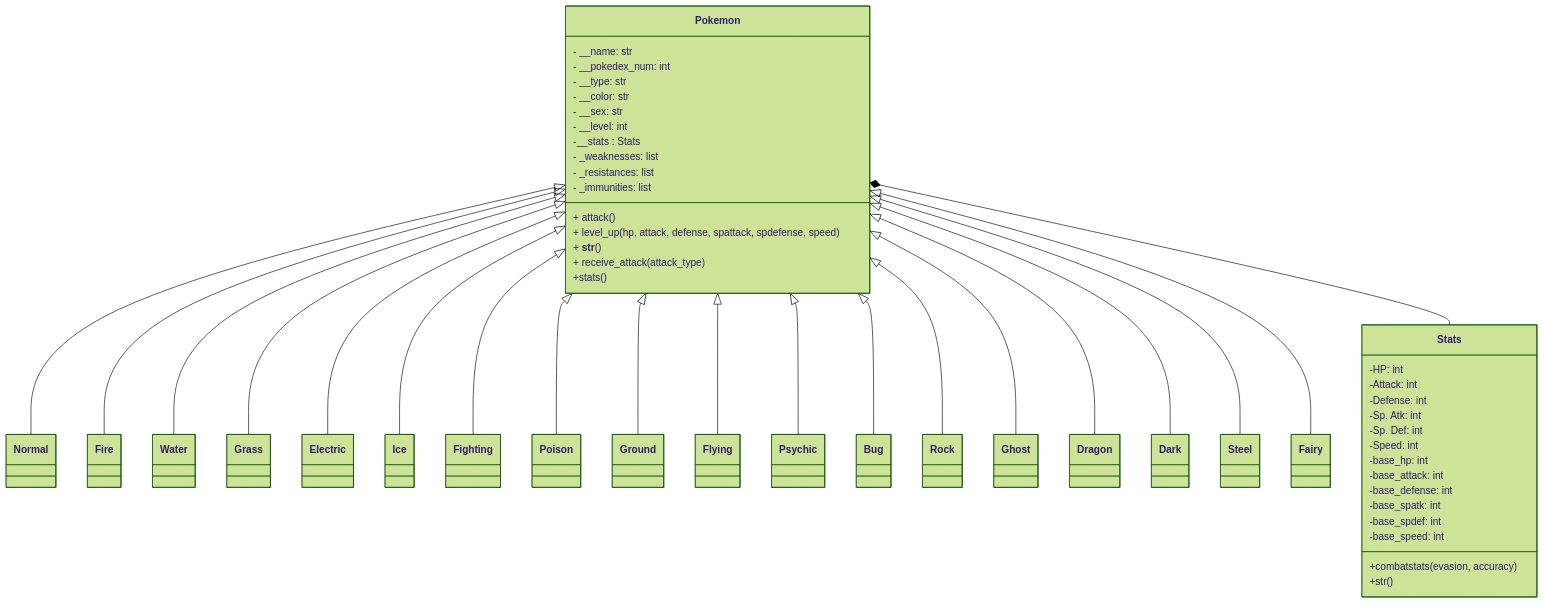
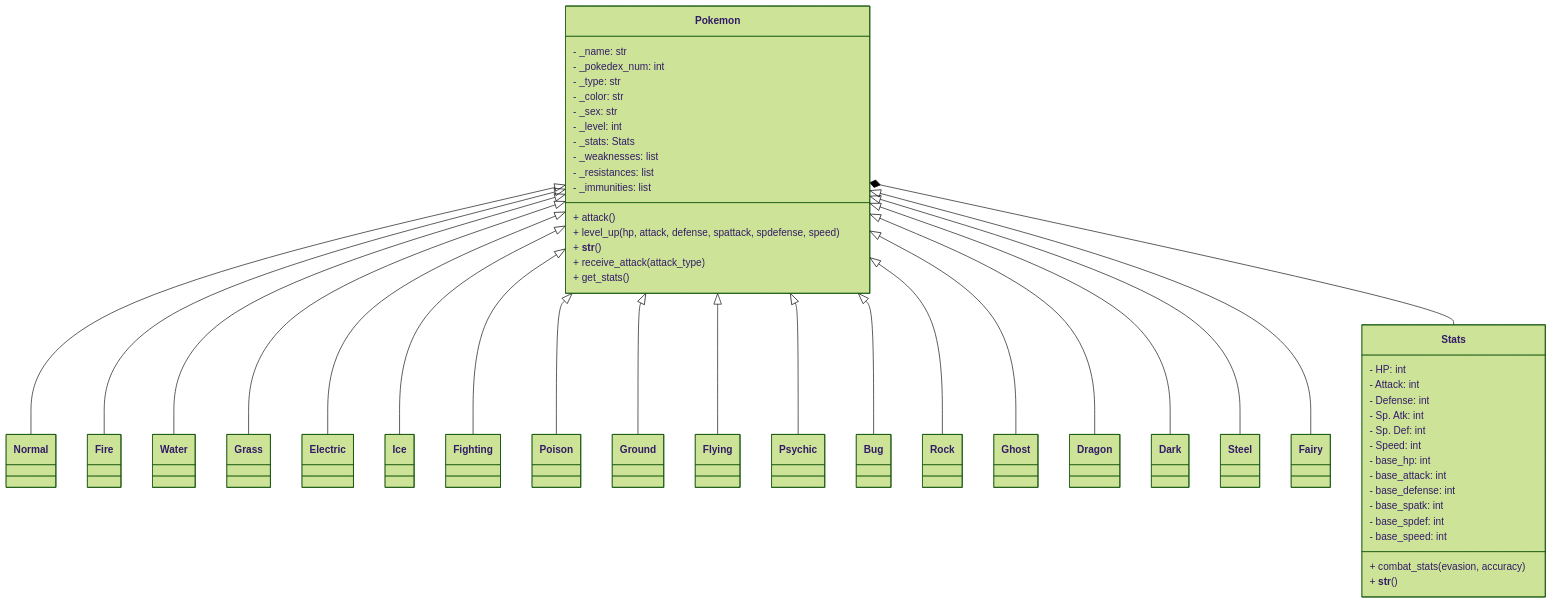
Before and after one commit to felipeg17/poke-repo: the diagram in README.md, drawn with Mermaid (forest theme). The commit also changed other lines of this file and 2 other files, not shown here.

Commit message:
Cambio en el encampsulamiento de los atributos

```diff
--- a/README.md
+++ b/README.md
@@ -67,13 +67,13 @@
     class Fairy {
     }
     class Pokemon {
-	    - __name: str
-	    - __pokedex_num: int
-	    - __type: str
-	    - __color: str
-	    - __sex: str
-	    - __level: int
-	    -__stats : Stats
+	    - _name: str
+	    - _pokedex_num: int
+	    - _type: str
+	    - _color: str
+	    - _sex: str
+	    - _level: int
+	    - _stats: Stats
 	    - _weaknesses: list
 	    - _resistances: list
 	    - _immunities: list
@@ -81,23 +81,23 @@
 	    + level_up(hp, attack, defense, spattack, spdefense, speed)
 	    + __str__()
 	    + receive_attack(attack_type)
-	    +stats()
+	    + get_stats()
     }
     class Stats {
-	    -HP: int
-	    -Attack: int
-	    -Defense: int
-	    -Sp. Atk: int
-	    -Sp. Def: int
-	    -Speed: int
-	    -base_hp: int
-	    -base_attack: int
-	    -base_defense: int
-	    -base_spatk: int
-	    -base_spdef: int
-	    -base_speed: int
-	    +combatstats(evasion, accuracy)
-	    +str()
+	    - HP: int
+	    - Attack: int
+	    - Defense: int
+	    - Sp. Atk: int
+	    - Sp. Def: int
+	    - Speed: int
+	    - base_hp: int
+	    - base_attack: int
+	    - base_defense: int
+	    - base_spatk: int
+	    - base_spdef: int
+	    - base_speed: int
+	    + combat_stats(evasion, accuracy)
+	    + __str__()
     }
 
     Pokemon <|-- Normal
```
